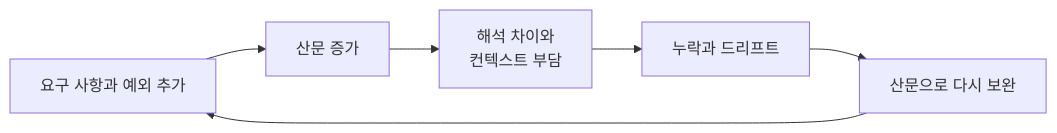
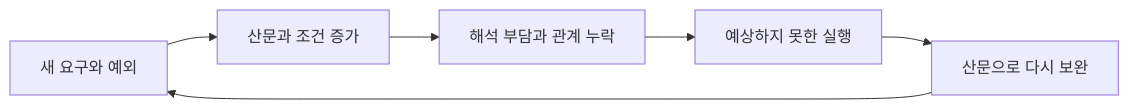
Before and after one commit to nanomia-ai/skill-rails: the first of 2 diagrams in README.ko.md, drawn with Mermaid. The commit also changed other lines of this file and 1 other file, not shown here.

````diff
--- a/README.ko.md
+++ b/README.ko.md
@@ -23,8 +25,8 @@
 ```mermaid
 flowchart LR
-    A["요구 사항과 예외 추가"] --> B["산문 증가"]
-    B --> C["해석 차이와<br/>컨텍스트 부담"]
-    C --> D["누락과 드리프트"]
+    A["새 요구와 예외"] --> B["산문과 조건 증가"]
+    B --> C["해석 부담과 관계 누락"]
+    C --> D["예상하지 못한 실행"]
     D --> E["산문으로 다시 보완"]
     E --> A
 ```
````
